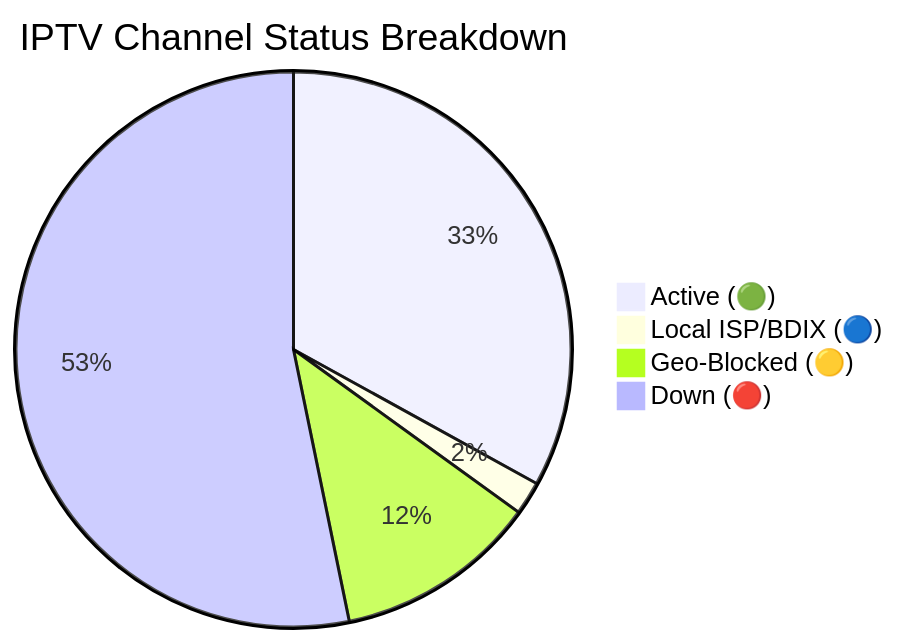
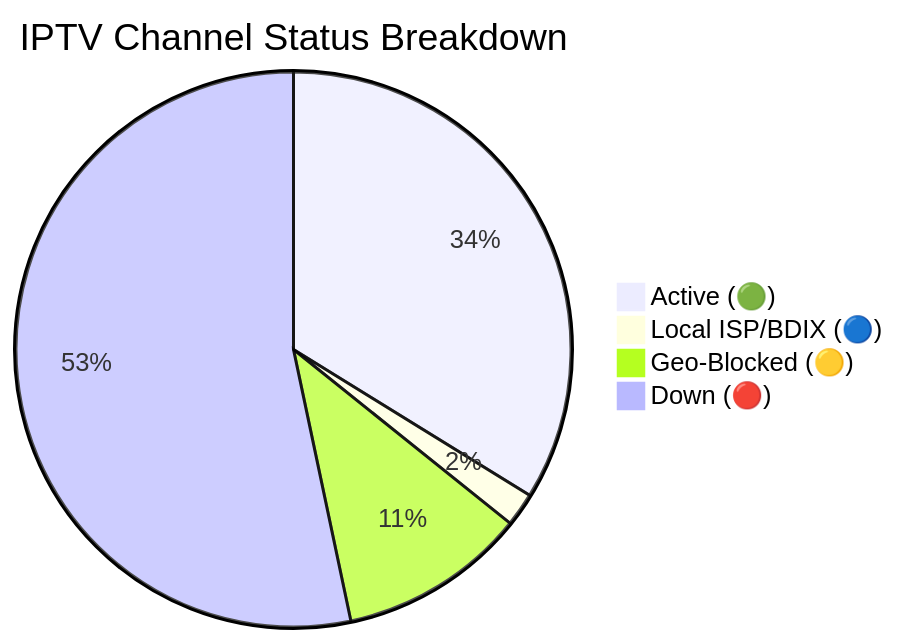
One commit to andreataylord/Ip-tv-Collection changed the diagram in README.md. Above: the diagram before and after it, drawn with Mermaid. The commit also changed other lines of this file and 2 other files, not shown here.

````diff
--- a/README.md
+++ b/README.md
@@ -59,7 +59,7 @@
 ```mermaid
 pie title IPTV Channel Status Breakdown
-    "Active (🟢)" : 2172
+    "Active (🟢)" : 2213
     "Local ISP/BDIX (🔵)" : 128
-    "Geo-Blocked (🟡)" : 777
-    "Down (🔴)" : 3501
+    "Geo-Blocked (🟡)" : 715
+    "Down (🔴)" : 3490
 ```
````
